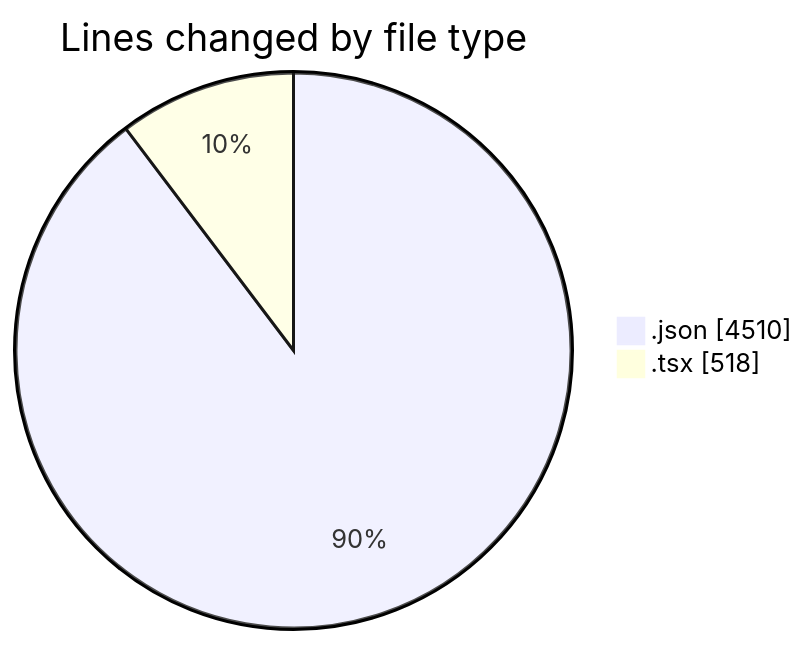
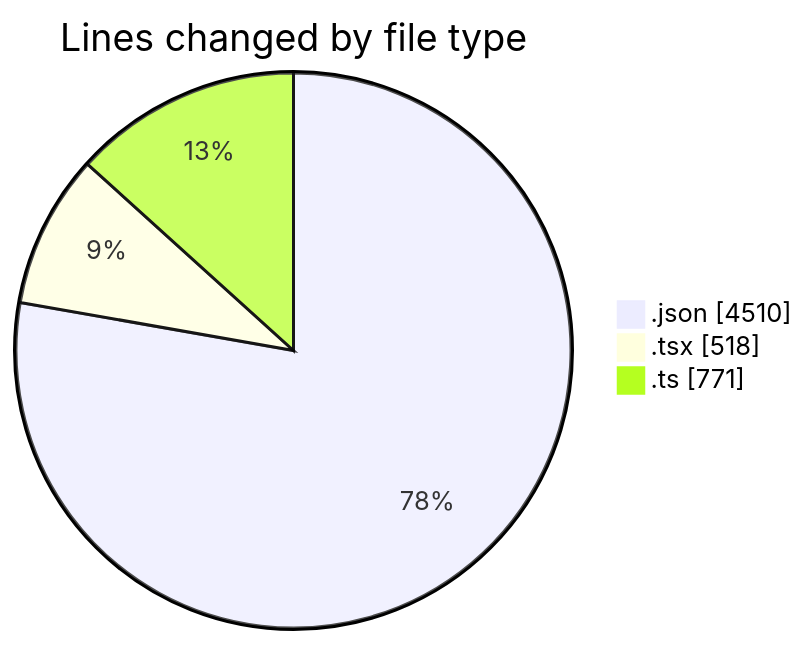
Before and after one commit to CELIANVF/code-tracking: the first of 2 diagrams in 2025-05-05/ecodeli/README.md, drawn with Mermaid. The commit also changed other lines of this file and 1 other file, not shown here.

````diff
--- a/2025-05-05/ecodeli/README.md
+++ b/2025-05-05/ecodeli/README.md
@@ -22,6 +25,7 @@
 ```mermaid
 pie showData
 title Lines changed by file type
 ".json" : 4510
 ".tsx" : 518
+".ts" : 771
 ```
````
